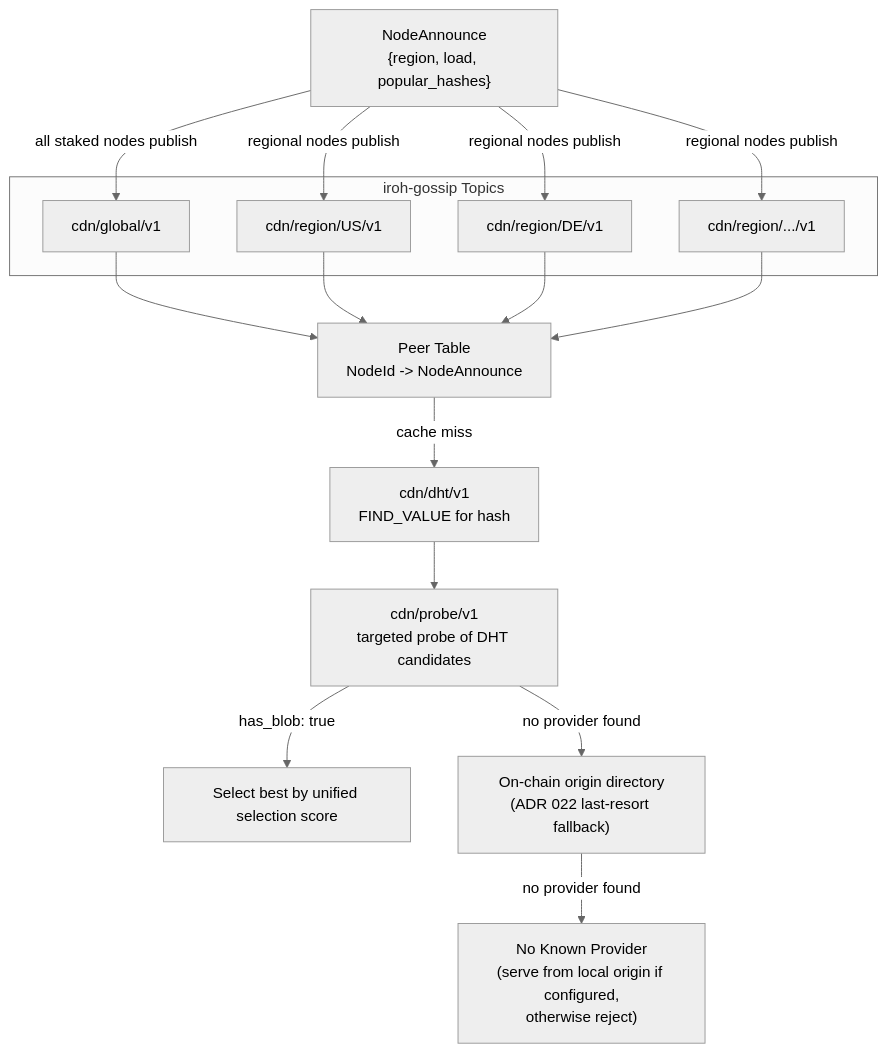
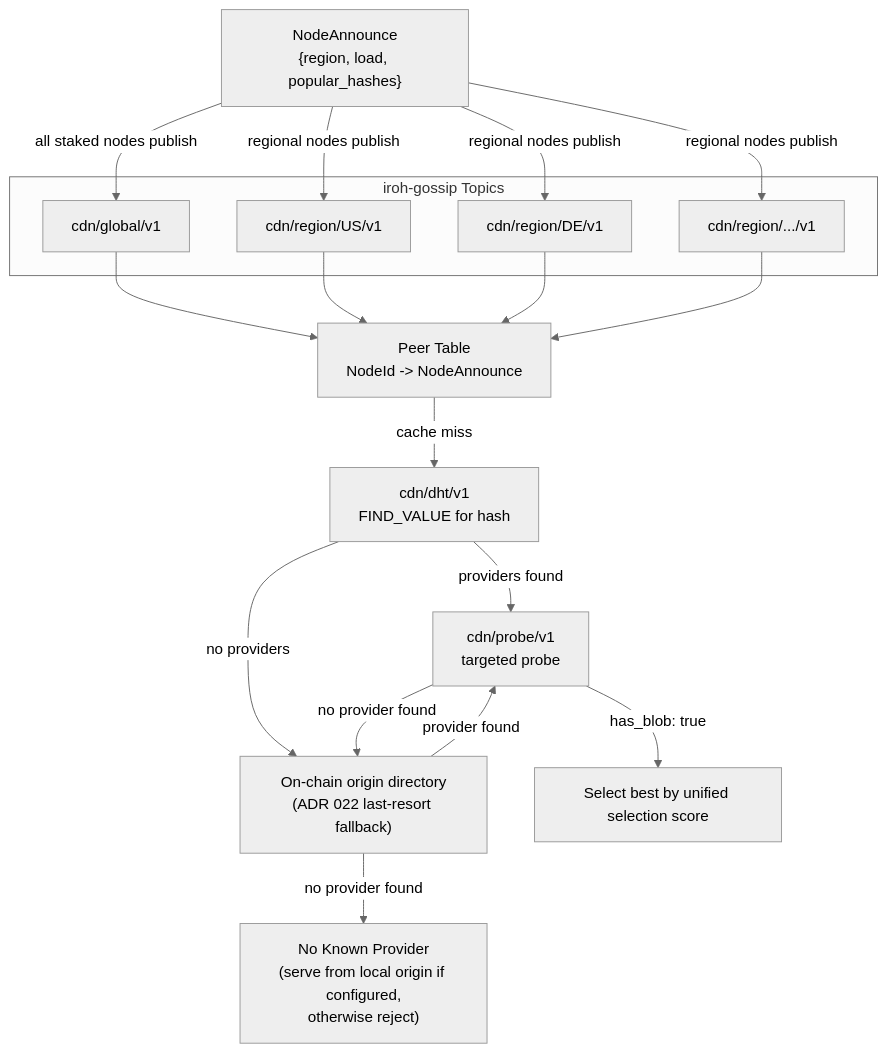
One commit to decdn/decdn changed the diagram in adr/001-network.md. Above: the diagram before and after it, drawn with Mermaid (neutral theme). The commit also changed other lines of this file and 1 other file, not shown here.

Commit message:
docs(adr): address Gemini review comments on PR #415
- adr/001-network.md mermaid: fix fallback semantics (DHT no-providers
  triggers directory fallback; directory-returned providers must be
  probed before selection)
- adr/001-network.md step 3: restore signature field in ProbeResponse
  field list (signature removal is scoped to PR #409, not this PR)
- adr/005-protocol.md: update inbound probe rate limit reference from
  20 to 5 to match the recalibrated value in adr/001-network.md

````diff
--- a/adr/001-network.md
+++ b/adr/001-network.md
@@ -19,27 +19,29 @@
 ```mermaid
 graph TD
     subgraph Topics["iroh-gossip Topics"]
         GLOBAL["cdn/global/v1"]
         REG_US["cdn/region/US/v1"]
         REG_DE["cdn/region/DE/v1"]
         REG_ETC["cdn/region/.../v1"]
     end
 
     NA["NodeAnnounce<br/>{region, load, popular_hashes}"]
 
     NA -->|all staked nodes publish| GLOBAL
     NA -->|regional nodes publish| REG_US
     NA -->|regional nodes publish| REG_DE
     NA -->|regional nodes publish| REG_ETC
 
     GLOBAL --> PT["Peer Table<br/>NodeId -> NodeAnnounce"]
     REG_US --> PT
     REG_DE --> PT
     REG_ETC --> PT
 
     PT -->|cache miss| DHT["cdn/dht/v1<br/>FIND_VALUE for hash"]
-    DHT --> PROBE["cdn/probe/v1<br/>targeted probe of DHT candidates"]
+    DHT -->|providers found| PROBE["cdn/probe/v1<br/>targeted probe"]
+    DHT -->|no providers| DIR["On-chain origin directory<br/>(ADR 022 last-resort fallback)"]
     PROBE -->|has_blob: true| SELECT["Select best by unified selection score"]
-    PROBE -->|no provider found| DIR["On-chain origin directory<br/>(ADR 022 last-resort fallback)"]
+    PROBE -->|no provider found| DIR
+    DIR -->|provider found| PROBE
     DIR -->|no provider found| MISS["No Known Provider<br/>(serve from local origin if configured,<br/>otherwise reject)"]
 ```
````
